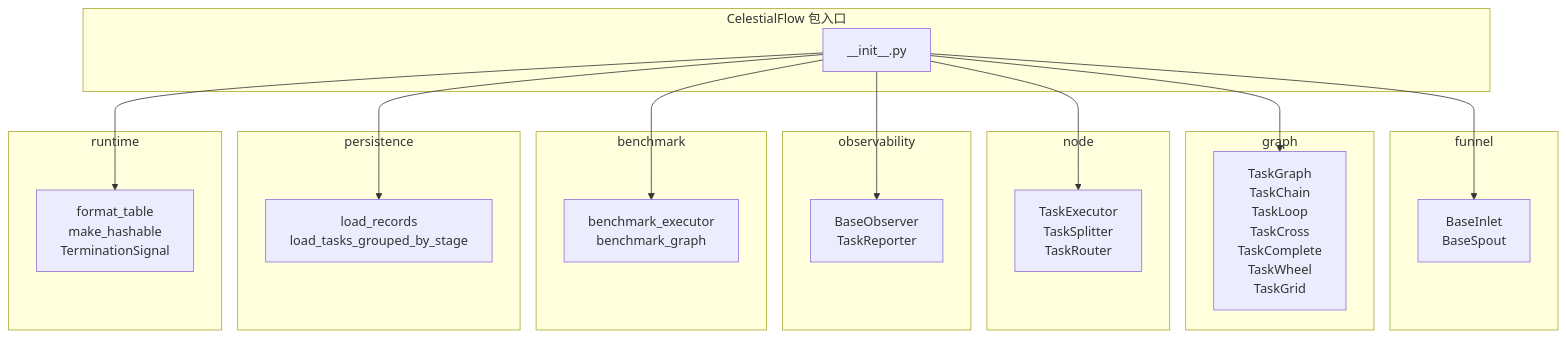
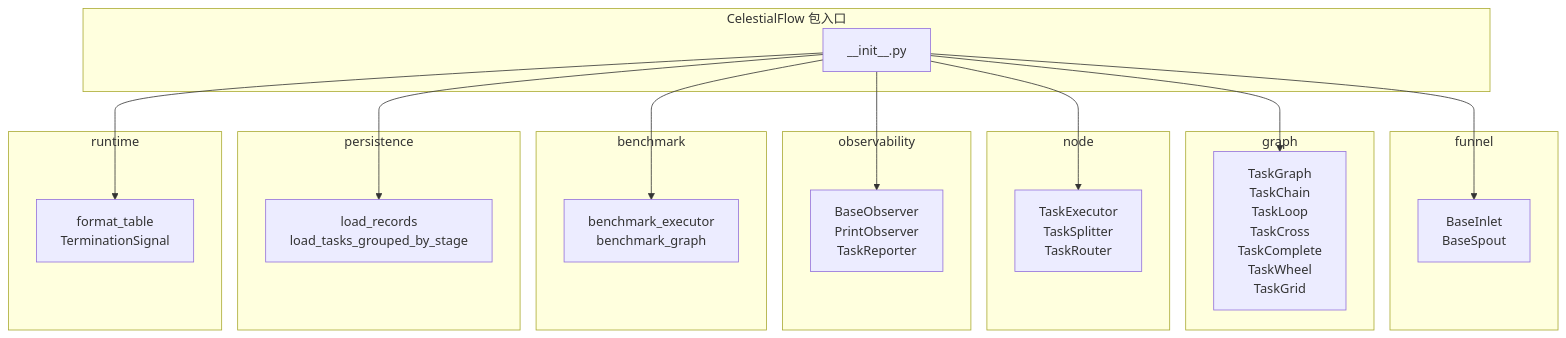
Before and after one commit to Mr-xiaotian/CelestialFlow: the diagram in docs/zh-CN/src/__init__.md, drawn with Mermaid. The commit also changed other lines of this file and 100 other files, not shown here.

````diff
--- a/docs/zh-CN/src/__init__.md
+++ b/docs/zh-CN/src/__init__.md
@@ -206,42 +206,42 @@
 ```mermaid
 graph TD
     subgraph "CelestialFlow 包入口"
         Init["__init__.py"]
     end
 
     subgraph funnel
         F["BaseInlet<br/>BaseSpout"]
     end
 
     subgraph graph
         G["TaskGraph<br/>TaskChain<br/>TaskLoop<br/>TaskCross<br/>TaskComplete<br/>TaskWheel<br/>TaskGrid"]
     end
 
     subgraph node
         S["TaskExecutor<br/>TaskSplitter<br/>TaskRouter"]
     end
 
     subgraph observability
-        O["BaseObserver<br/>TaskReporter"]
+        O["BaseObserver<br/>PrintObserver<br/>TaskReporter"]
     end
 
     subgraph benchmark
         U["benchmark_executor<br/>benchmark_graph"]
     end
 
     subgraph persistence
         P["load_records<br/>load_tasks_grouped_by_stage"]
     end
 
     subgraph runtime
-        R["format_table<br/>make_hashable<br/>TerminationSignal"]
+        R["format_table<br/>TerminationSignal"]
     end
 
     Init --> F
     Init --> G
     Init --> S
     Init --> O
     Init --> U
     Init --> P
     Init --> R
 ```
````
